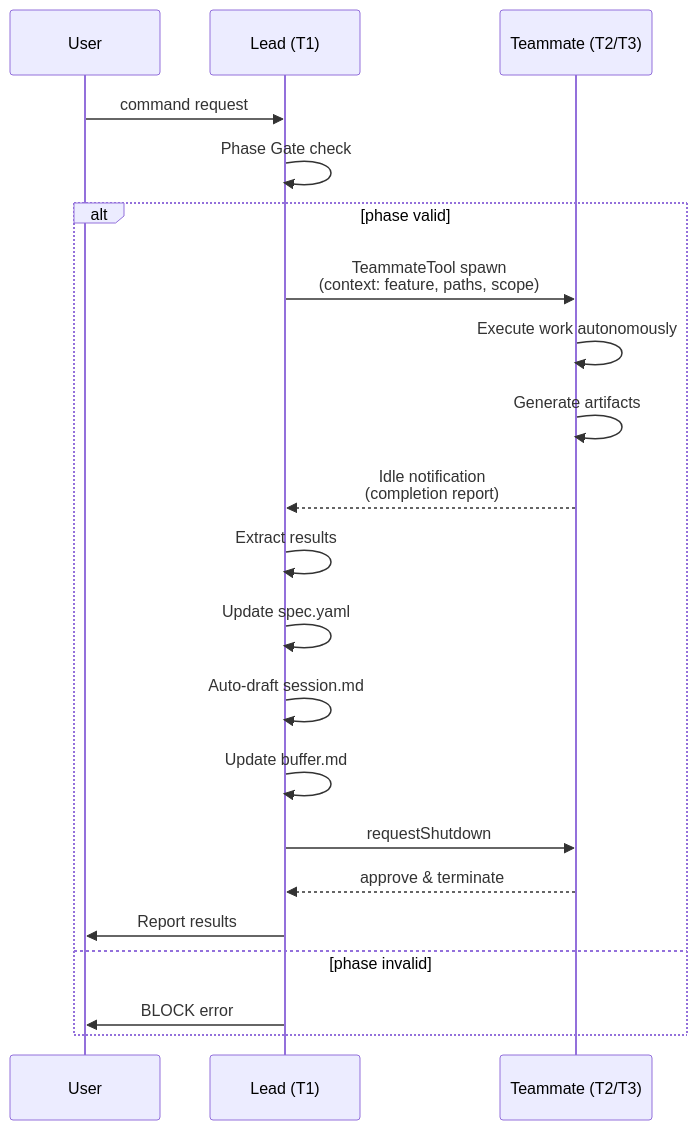
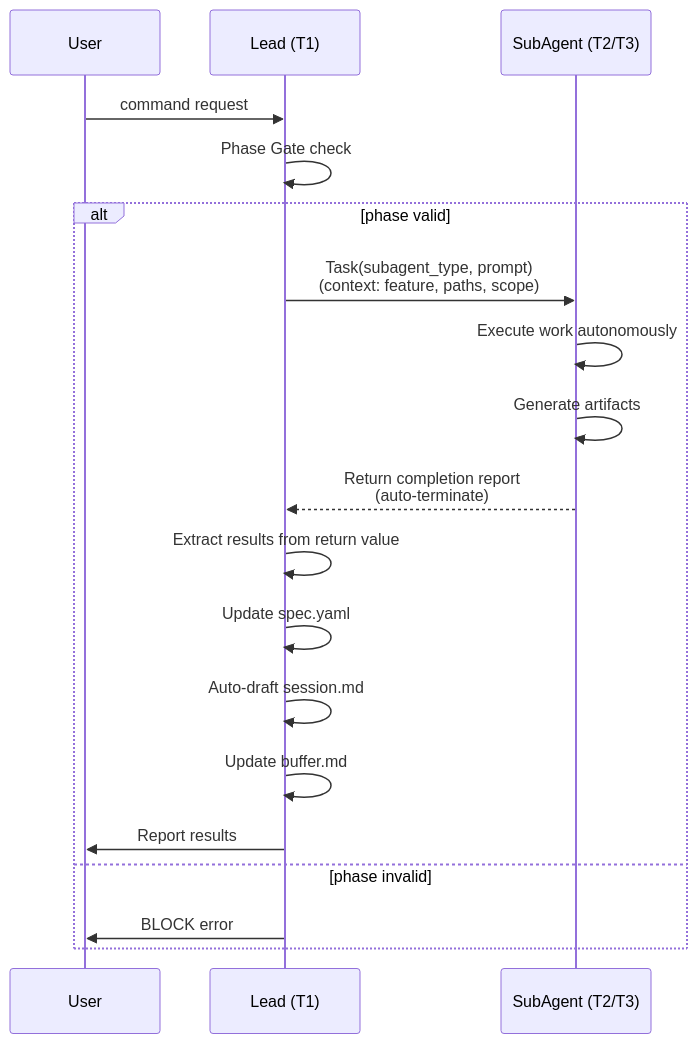
The third of 4 diagrams in .claude/sdd/project/specs/core-architecture/design.md (sync-dev-org/sync-sdd), drawn with Mermaid before and after one commit. The commit also changed other lines of this file and 45 other files, not shown here.

First line of the commit message:
Migrate from Agent Teams to SubAgent architecture

````diff
--- a/.claude/sdd/project/specs/core-architecture/design.md
+++ b/.claude/sdd/project/specs/core-architecture/design.md
@@ -246,24 +300,22 @@
 ```mermaid
 sequenceDiagram
     participant U as User
     participant L as Lead (T1)
-    participant TM as Teammate (T2/T3)
+    participant SA as SubAgent (T2/T3)
 
     U->>L: command request
     L->>L: Phase Gate check
     alt phase valid
-        L->>TM: TeammateTool spawn<br/>(context: feature, paths, scope)
-        TM->>TM: Execute work autonomously
-        TM->>TM: Generate artifacts
-        TM-->>L: Idle notification<br/>(completion report)
-        L->>L: Extract results
+        L->>SA: Task(subagent_type, prompt)<br/>(context: feature, paths, scope)
+        SA->>SA: Execute work autonomously
+        SA->>SA: Generate artifacts
+        SA-->>L: Return completion report<br/>(auto-terminate)
+        L->>L: Extract results from return value
         L->>L: Update spec.yaml
         L->>L: Auto-draft session.md
         L->>L: Update buffer.md
-        L->>TM: requestShutdown
-        TM-->>L: approve & terminate
         L->>U: Report results
     else phase invalid
         L->>U: BLOCK error
     end
 ```
````
